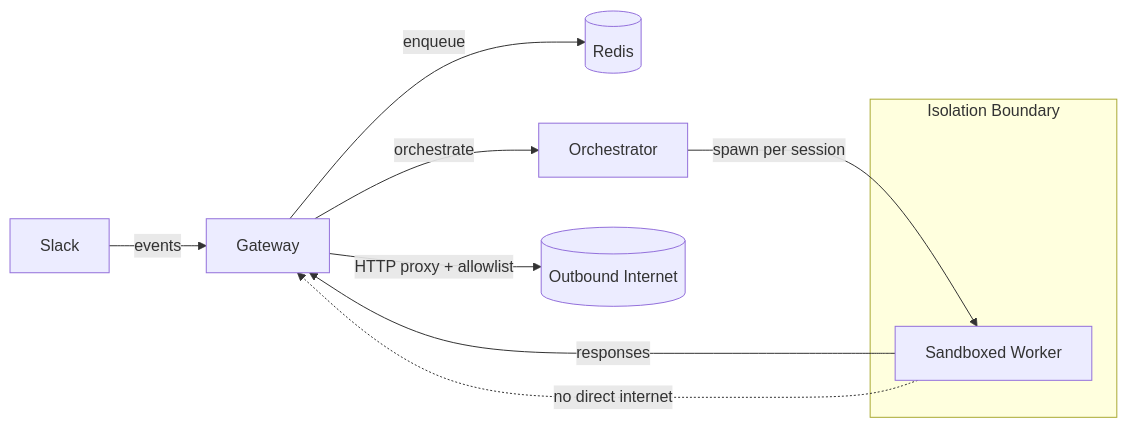
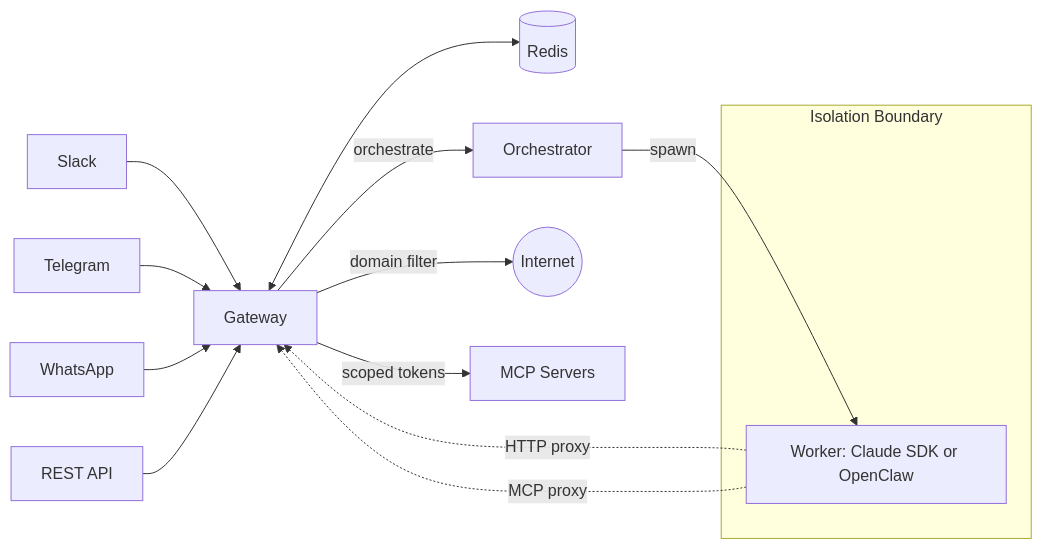
One commit to fuxingloh/lobu changed the diagram in README.md. Above: the diagram before and after it, drawn with Mermaid. The commit also changed other lines of this file, not shown here.

First line of the commit message:
rewrite README: multi-platform architecture, MCP proxy, comparison table

````diff
--- a/README.md
+++ b/README.md
@@ -47,15 +47,21 @@
 ```mermaid
 flowchart LR
-  Slack[Slack] -->|events| GW[Gateway]
-  GW -->|enqueue| Redis[(Redis)]
-  GW -->|orchestrate| Orchestrator[Orchestrator]
-  Orchestrator -->|spawn per session| W[Sandboxed Worker]
-  W -->|responses| GW
+  Slack[Slack] --> GW[Gateway]
+  Telegram[Telegram] --> GW
+  WhatsApp[WhatsApp] --> GW
+  API[REST API] --> GW
 
-  subgraph Isolation["Isolation Boundary"]
+  GW <--> Redis[(Redis)]
+  GW -->|orchestrate| Orch[Orchestrator]
+  Orch -->|spawn| W[Worker: Claude SDK or OpenClaw]
+
+  subgraph Isolation Boundary
     W
   end
 
-  W -. "no direct internet" .-> GW
-  GW -->|HTTP proxy + allowlist| Internet[(Outbound Internet)]
+  W -.->|HTTP proxy| GW
+  GW -->|domain filter| Internet((Internet))
+
+  W -.->|MCP proxy| GW
+  GW -->|scoped tokens| MCP[MCP Servers]
 ```
````
